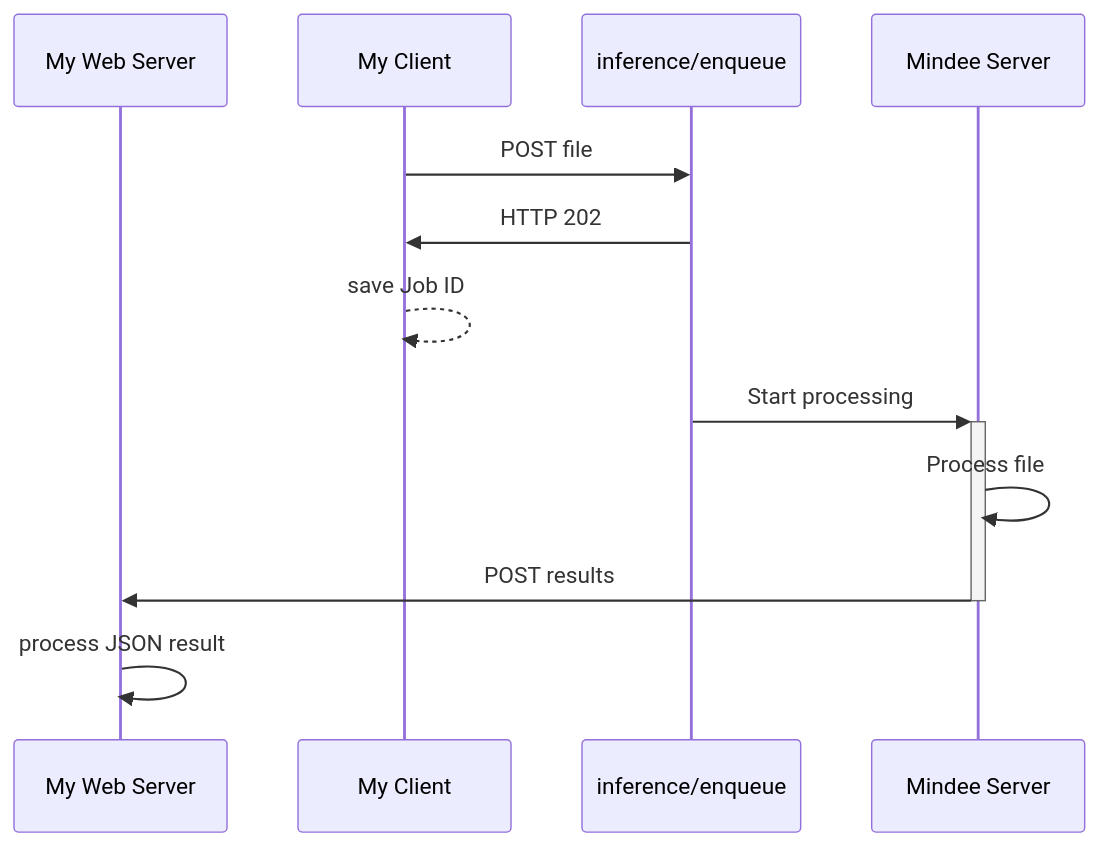
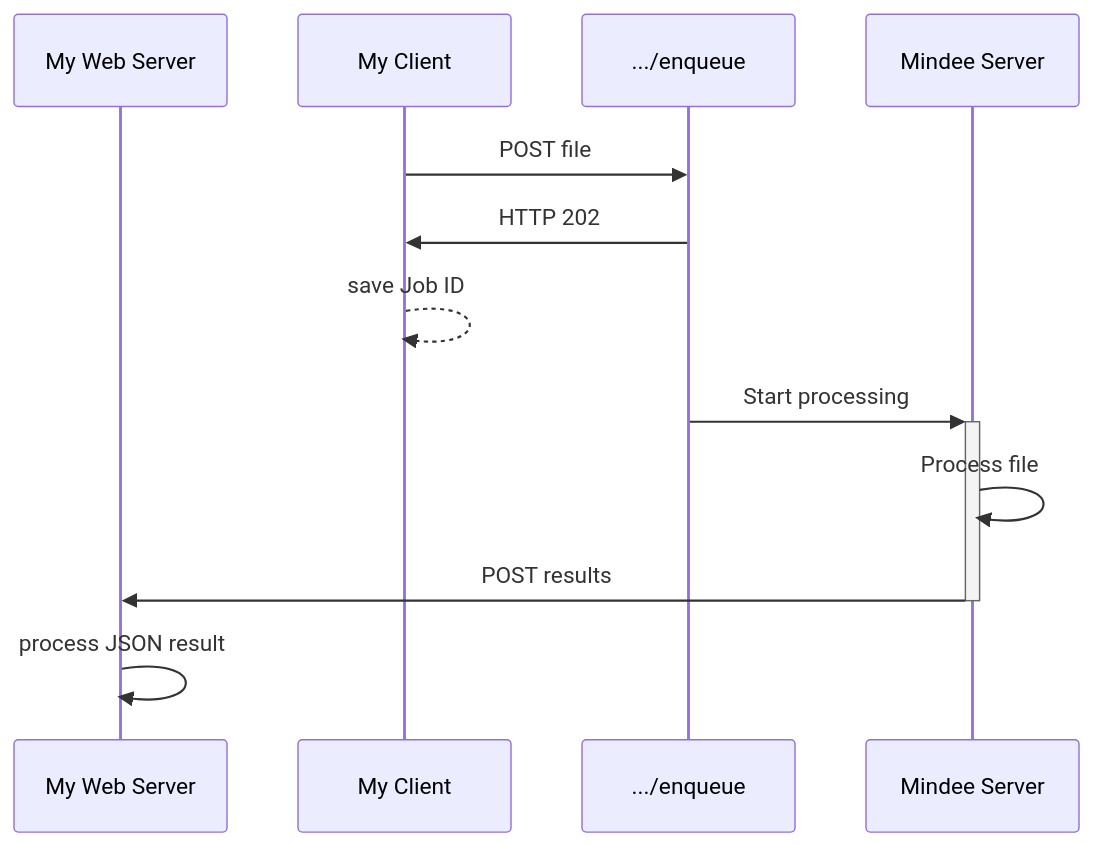
The diagram in integrations/webhooks.md (mindee/platform-docs), drawn with Mermaid before and after one commit. The commit also changed other lines of this file and 1 other file, not shown here.

````diff
--- a/integrations/webhooks.md
+++ b/integrations/webhooks.md
@@ -29,14 +29,14 @@
 ```mermaid
 sequenceDiagram
     participant clientsrv as My Web Server
     participant client as My Client
-    participant enqueue as inference/enqueue
+    participant enqueue as .../enqueue
     participant srv as Mindee Server
     client->>enqueue: POST file
     enqueue->>client: HTTP 202
     client-->>client: save Job ID
     enqueue->>+srv: Start processing
     srv->>srv: Process file
     srv->>-clientsrv: POST results
     clientsrv->>clientsrv: process JSON result
 ```
````
